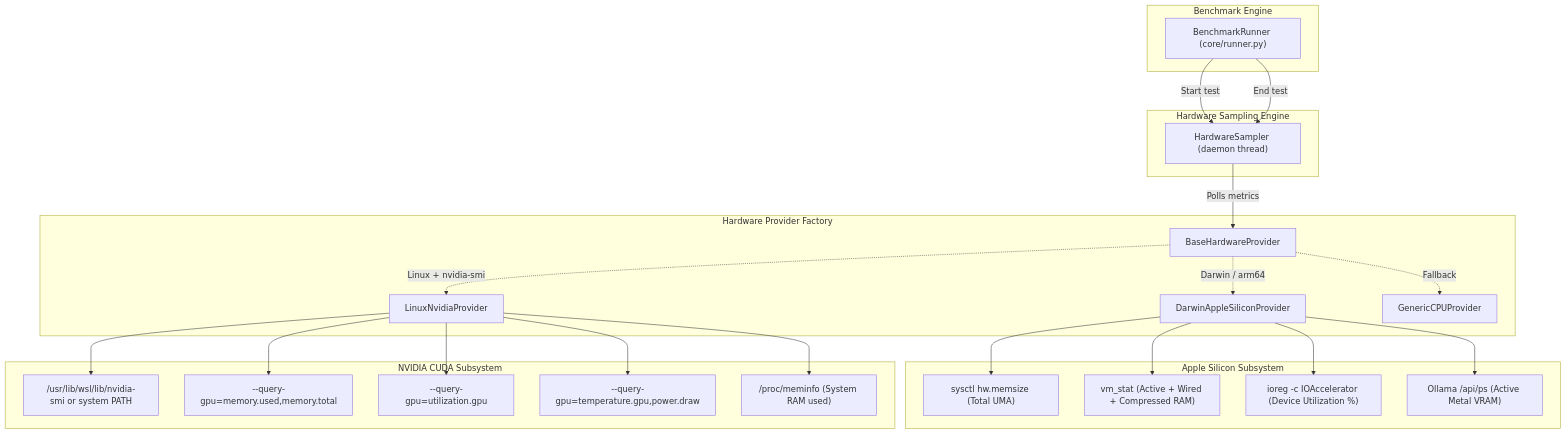
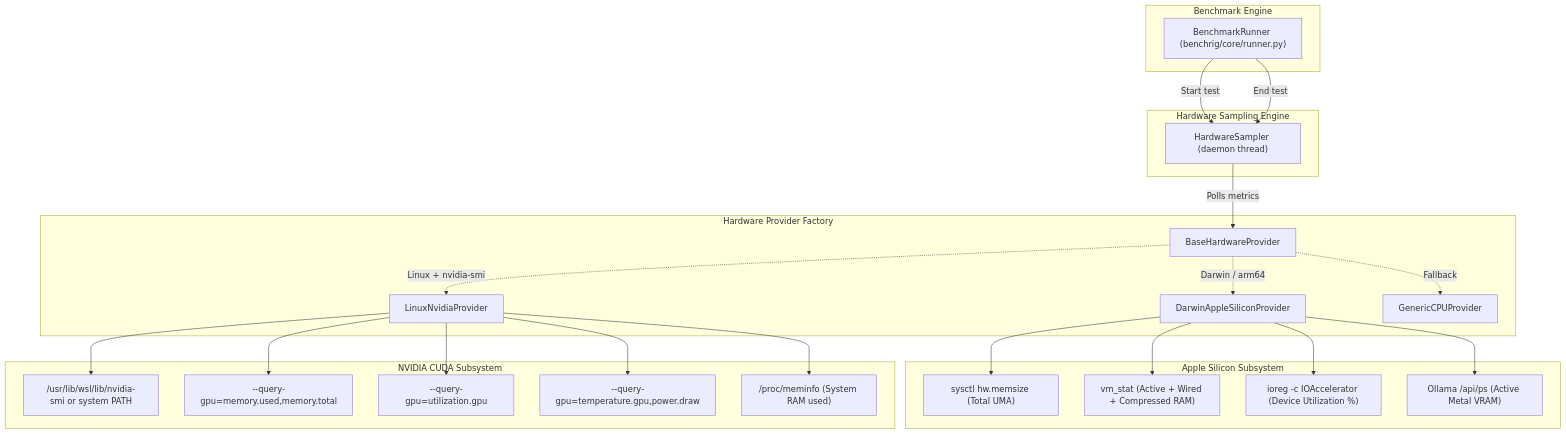
One commit to senssei/benchrig changed the diagram in docs/HARDWARE_TELEMETRY.md. Above: the diagram before and after it, drawn with Mermaid. The commit also changed other lines of this file and 93 other files, not shown here.

````diff
--- a/docs/HARDWARE_TELEMETRY.md
+++ b/docs/HARDWARE_TELEMETRY.md
@@ -14,34 +14,34 @@
 ```mermaid
 flowchart TD
     subgraph Execution ["Benchmark Engine"]
-        Runner["BenchmarkRunner (core/runner.py)"]
+        Runner["BenchmarkRunner (benchrig/core/runner.py)"]
     end
 
     subgraph Sampler ["Hardware Sampling Engine"]
         SamplerInst["HardwareSampler (daemon thread)"]
         Runner -->|Start test| SamplerInst
         Runner -->|End test| SamplerInst
     end
 
     subgraph Factory ["Hardware Provider Factory"]
         SamplerInst -->|Polls metrics| Provider["BaseHardwareProvider"]
         Provider -.->|Darwin / arm64| Darwin["DarwinAppleSiliconProvider"]
         Provider -.->|Linux + nvidia-smi| Linux["LinuxNvidiaProvider"]
         Provider -.->|Fallback| CPU["GenericCPUProvider"]
     end
 
     subgraph macOS ["Apple Silicon Subsystem"]
         Darwin --> S1["sysctl hw.memsize (Total UMA)"]
         Darwin --> S2["vm_stat (Active + Wired + Compressed RAM)"]
         Darwin --> S3["ioreg -c IOAccelerator (Device Utilization %)"]
         Darwin --> S4["Ollama /api/ps (Active Metal VRAM)"]
     end
 
     subgraph LinuxSubsystem ["NVIDIA CUDA Subsystem"]
         Linux --> N1["/usr/lib/wsl/lib/nvidia-smi or system PATH"]
         Linux --> N2["--query-gpu=memory.used,memory.total"]
         Linux --> N3["--query-gpu=utilization.gpu"]
         Linux --> N4["--query-gpu=temperature.gpu,power.draw"]
         Linux --> N5["/proc/meminfo (System RAM used)"]
     end
 ```
````
